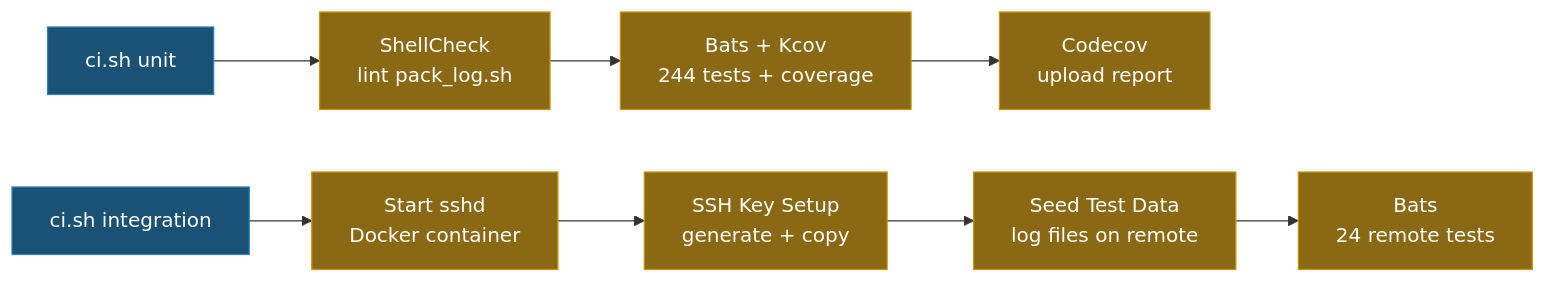
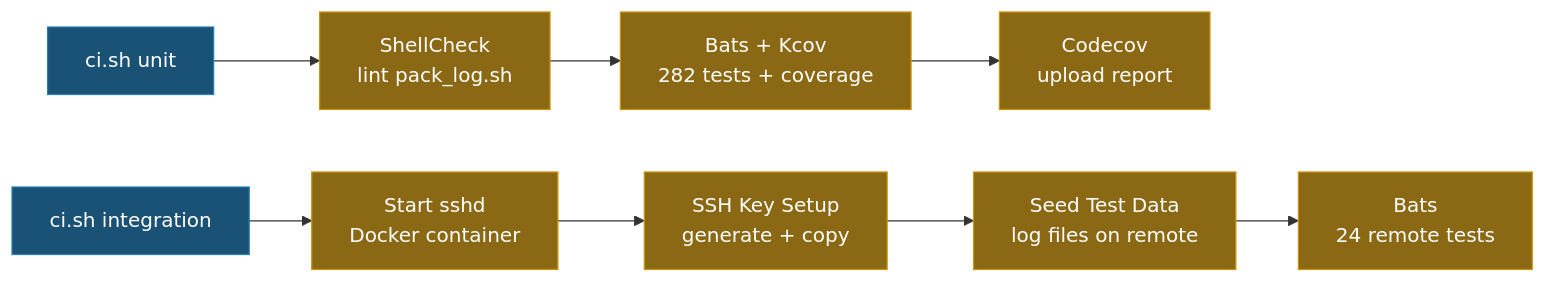
Before and after one commit to ycpss91255/pack_log: the second of 2 diagrams in README.md, drawn with Mermaid. The commit also changed other lines of this file and 4 other files, not shown here.

````diff
--- a/README.md
+++ b/README.md
@@ -217,14 +230,14 @@
 ```mermaid
 graph LR
     S["ci.sh unit"]:::entry --> SC["ShellCheck\nlint pack_log.sh"]:::step
-    SC --> BT["Bats + Kcov\n244 tests + coverage"]:::step
+    SC --> BT["Bats + Kcov\n282 tests + coverage"]:::step
     BT --> CC["Codecov\nupload report"]:::step
 
     S2["ci.sh integration"]:::entry --> SSHD["Start sshd\nDocker container"]:::step
     SSHD --> KEY["SSH Key Setup\ngenerate + copy"]:::step
     KEY --> DATA["Seed Test Data\nlog files on remote"]:::step
     DATA --> IT["Bats\n24 remote tests"]:::step
 
     classDef entry fill:#1a5276,color:#fff,stroke:#2980b9
     classDef step fill:#8B6914,color:#fff,stroke:#c8960c
 ```
````
